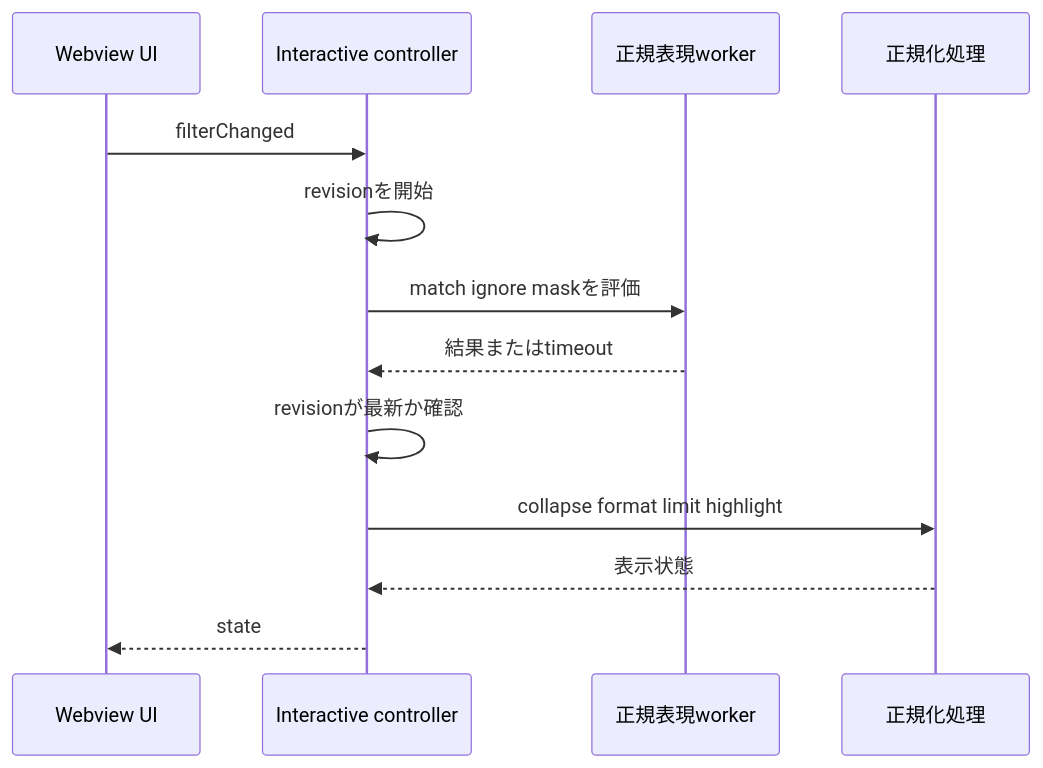
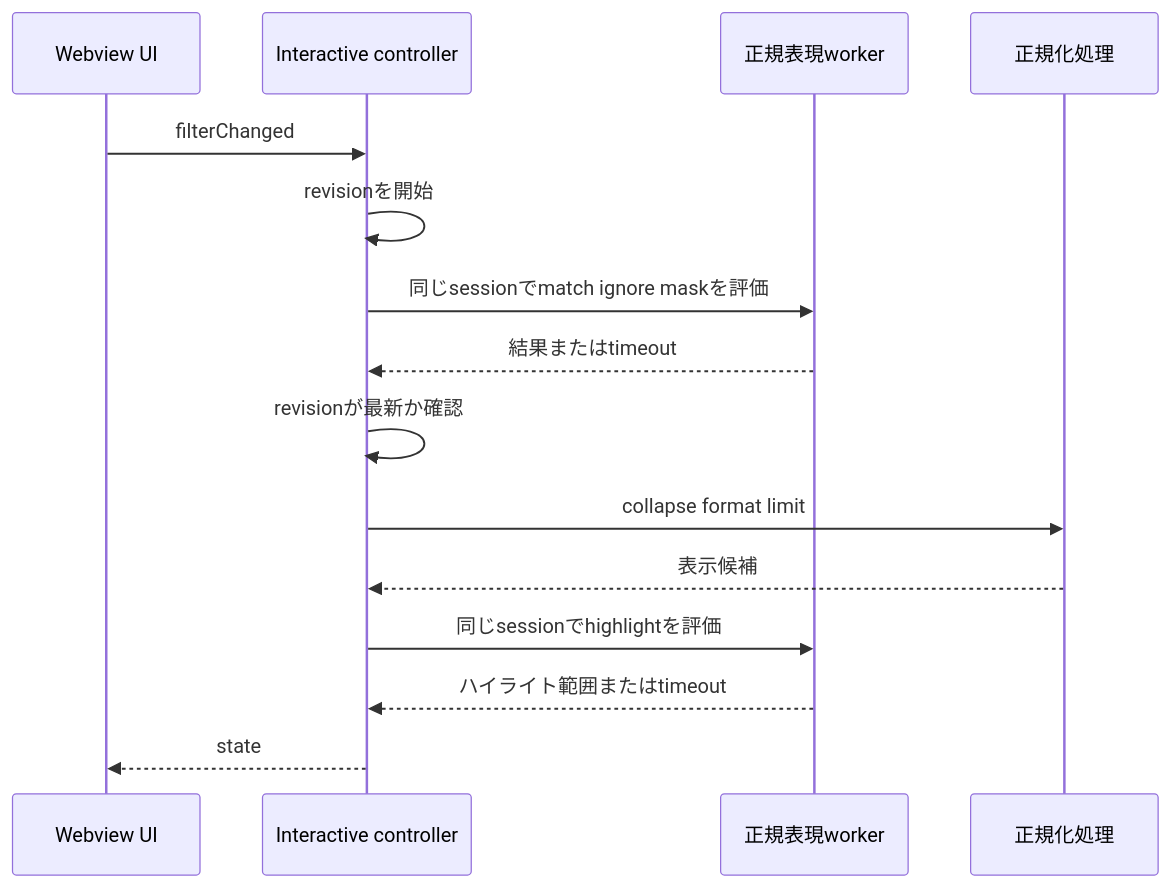
Before and after one commit to upu/Totonoe-Log: the second of 2 diagrams in openwiki/workflows/log-investigation.md, drawn with Mermaid. The commit also changed other lines of this file and 4 other files, not shown here.

````diff
--- a/openwiki/workflows/log-investigation.md
+++ b/openwiki/workflows/log-investigation.md
@@ -41,15 +41,17 @@
 ```mermaid
 sequenceDiagram
   participant UI as Webview UI
   participant CT as Interactive controller
   participant WK as 正規表現worker
   participant NM as 正規化処理
   UI->>CT: filterChanged
   CT->>CT: revisionを開始
-  CT->>WK: match ignore maskを評価
+  CT->>WK: 同じsessionでmatch ignore maskを評価
   WK-->>CT: 結果またはtimeout
   CT->>CT: revisionが最新か確認
-  CT->>NM: collapse format limit highlight
-  NM-->>CT: 表示状態
+  CT->>NM: collapse format limit
+  NM-->>CT: 表示候補
+  CT->>WK: 同じsessionでhighlightを評価
+  WK-->>CT: ハイライト範囲またはtimeout
   CT-->>UI: state
 ```
````
